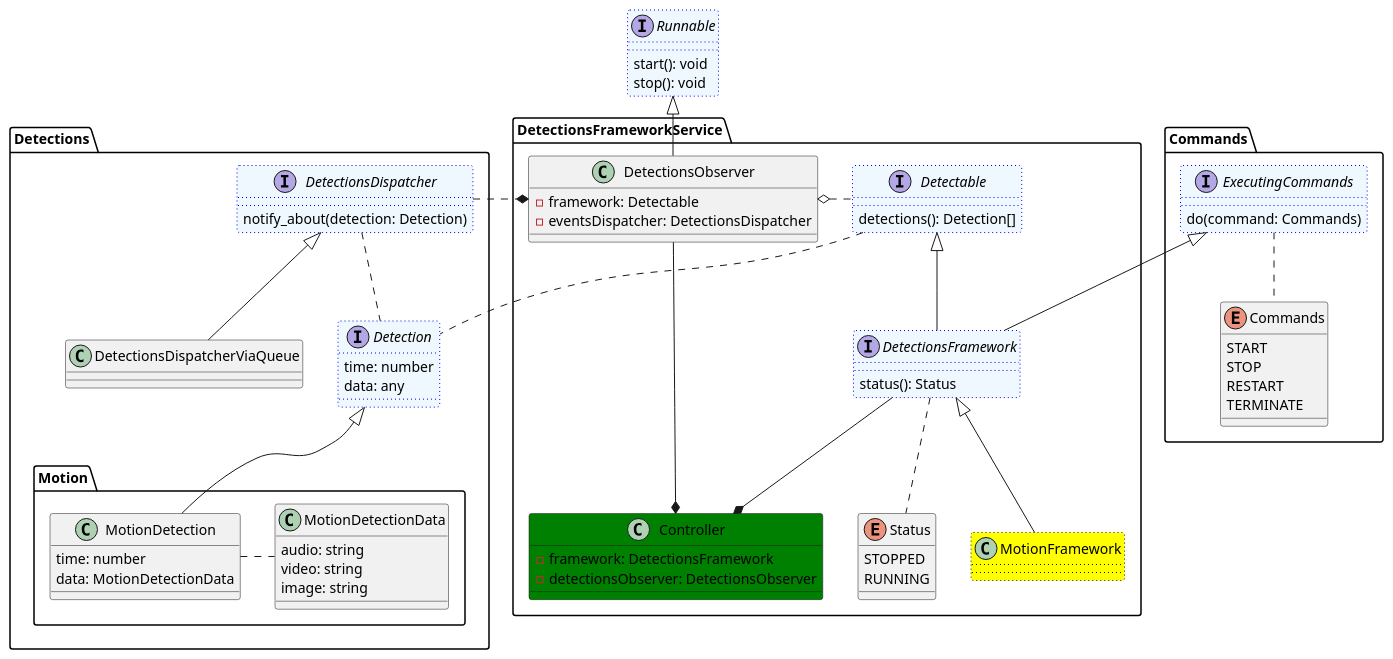
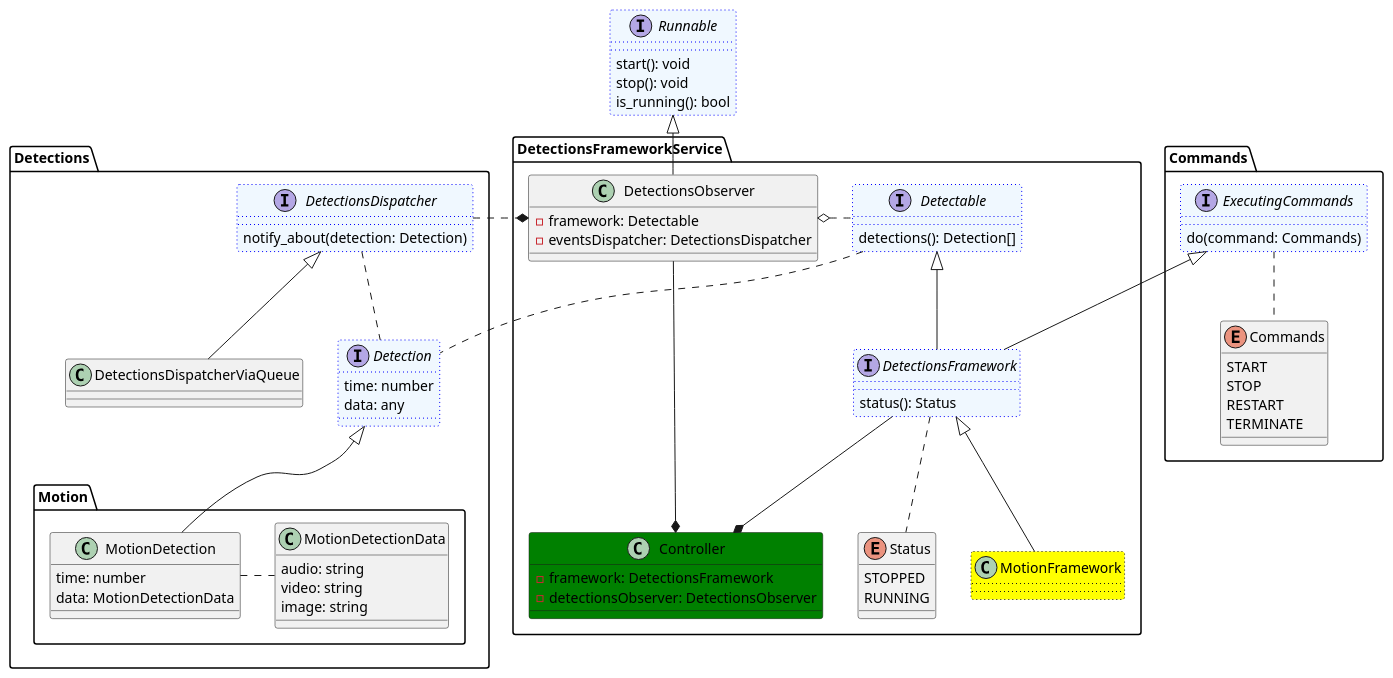
One commit to saratoga8/motion_notifier changed the diagram in docs/classes/dfs.puml. Above: the diagram before and after it, drawn with PlantUML. The commit also changed 3 other files, not shown here.

```diff
--- a/docs/classes/dfs.puml
+++ b/docs/classes/dfs.puml
@@ -1,99 +1,100 @@
 @startuml
 'https://plantuml.com/class-diagram
 
 
 package DetectionsFrameworkService {
     interface DetectionsFramework #aliceblue ##[dotted]blue {
       status(): Status
     }
 
     interface Detectable #aliceblue ##[dotted]blue {
         detections(): Detection[]
     }
 
     class MotionFramework #yellow ##[dotted]
 
     class DetectionsObserver {
       - framework: Detectable
       - eventsDispatcher: DetectionsDispatcher
     }
 
 
     class Controller #green {
        - framework: DetectionsFramework
        - detectionsObserver: DetectionsObserver
     }
 
     enum Status {
       STOPPED
       RUNNING
     }
 }
 
 package Detections {
     interface Detection #aliceblue ##[dotted]blue {
       time: number
       data: any
     }
 
     package Motion {
         class MotionDetectionData {
            audio: string
            video: string
            image: string
         }
 
         class MotionDetection {
            time: number
            data: MotionDetectionData
         }
     }
 
     interface DetectionsDispatcher #aliceblue ##[dotted]blue {
        notify_about(detection: Detection)
     }
 
     class DetectionsDispatcherViaQueue
 
     Detection <|-down- MotionDetection
 }
 
 package Commands {
     enum Commands {
       START
       STOP
       RESTART
       TERMINATE
     }
 
     interface ExecutingCommands #aliceblue ##[dotted]blue {
       do(command: Commands)
     }
 
     ExecutingCommands .. Commands
 }
 
 
 
 interface Runnable #aliceblue ##[dotted]blue {
    start(): void
    stop(): void
+   is_running(): bool
 }
 
 
 DetectionsObserver -up-|> Runnable
 DetectionsObserver o-right-. Detectable
 DetectionsDispatcher .* DetectionsObserver
 DetectionsFramework <|-- MotionFramework
 DetectionsFramework -up-|> ExecutingCommands
 
 DetectionsFramework .. Status
 Detectable .. Detection
 DetectionsDispatcher .. Detection
 MotionDetection .right. MotionDetectionData
 DetectionsObserver -* Controller
 DetectionsFramework -down-* Controller
 DetectionsFramework -up-|> Detectable
 DetectionsDispatcher <|-down- DetectionsDispatcherViaQueue
 
 @enduml
```
